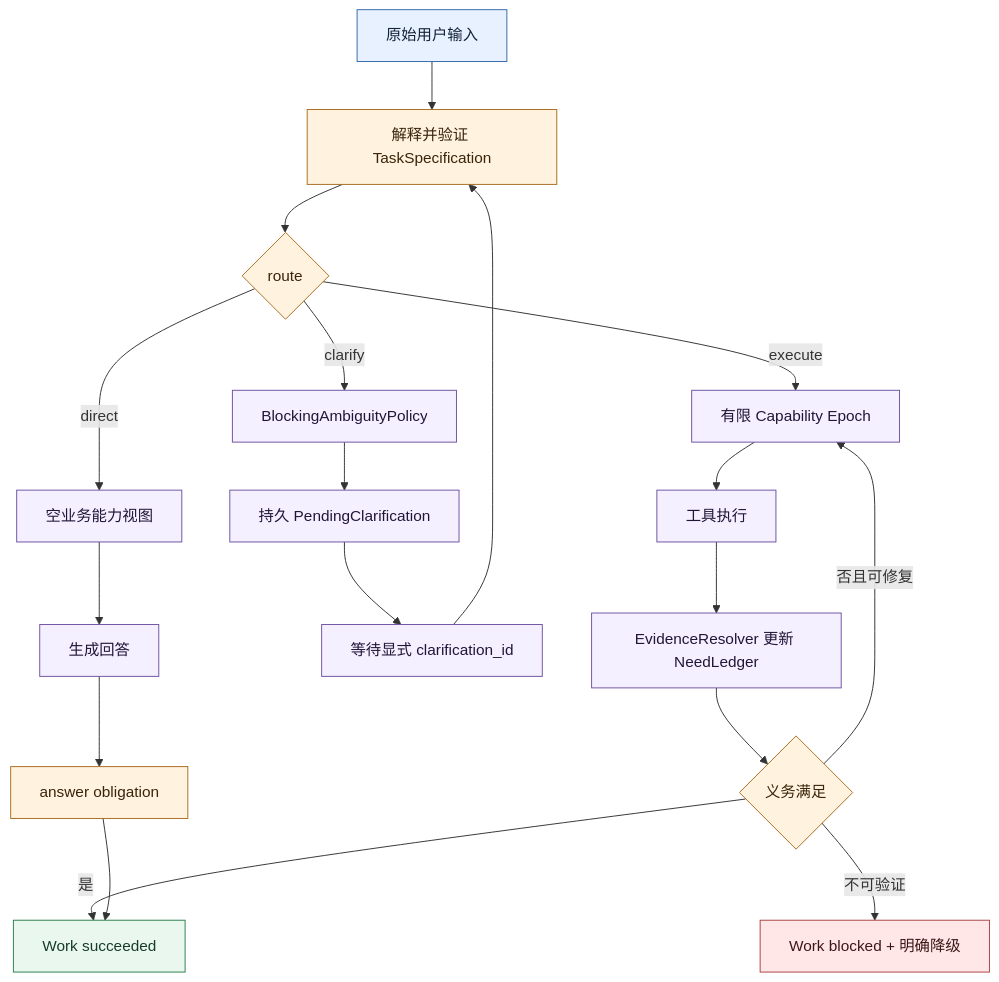
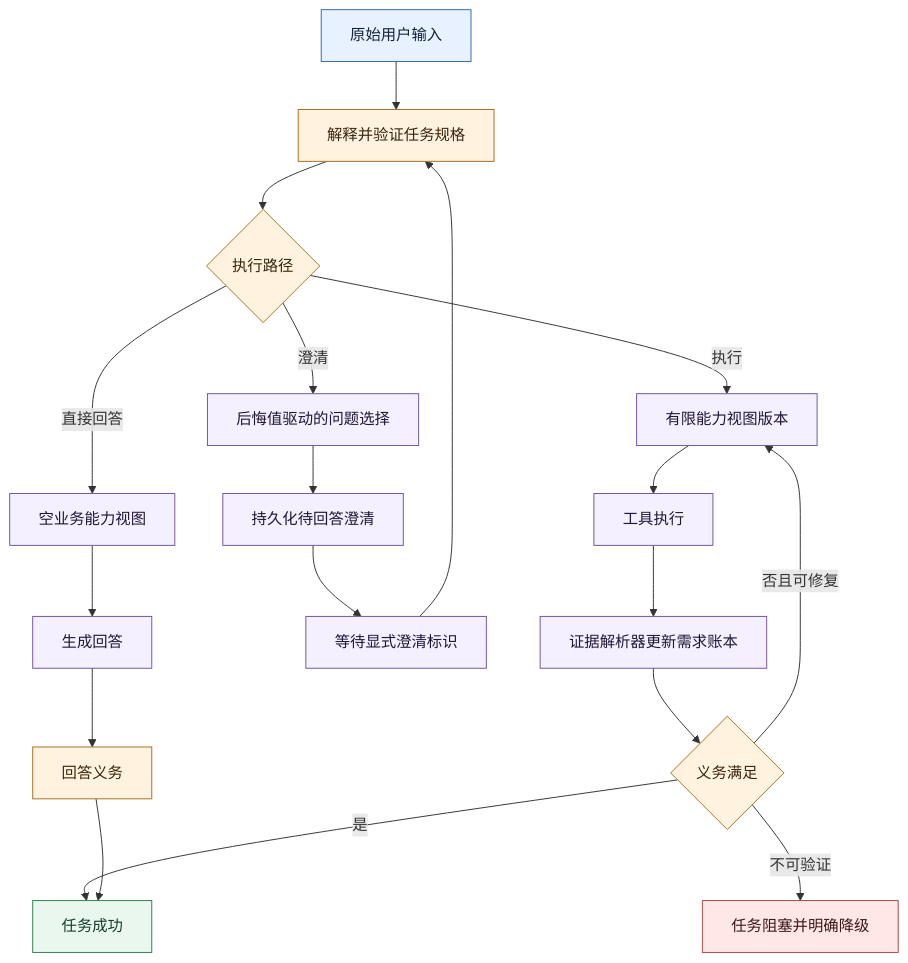
One commit to frustrated-frog/weavria changed the first of 2 diagrams in docs/intent-understanding-evolution/06-current-end-to-end-code-walkthrough.md. Above: the diagram before and after it, drawn with Mermaid. The commit also changed 30 other files, not shown here.

````diff
--- a/docs/intent-understanding-evolution/06-current-end-to-end-code-walkthrough.md
+++ b/docs/intent-understanding-evolution/06-current-end-to-end-code-walkthrough.md
@@ -102,31 +102,31 @@
 ```mermaid
 flowchart TD
-    A[原始用户输入] --> B[解释并验证 TaskSpecification]
-    B --> C{route}
-    C -->|direct| D[空业务能力视图]
+    A[原始用户输入] --> B[解释并验证任务规格]
+    B --> C{执行路径}
+    C -->|直接回答| D[空业务能力视图]
     D --> E[生成回答]
-    E --> F[answer obligation]
-    C -->|clarify| G[BlockingAmbiguityPolicy]
-    G --> H[持久 PendingClarification]
-    H --> I[等待显式 clarification_id]
+    E --> F[回答义务]
+    C -->|澄清| G[后悔值驱动的问题选择]
+    G --> H[持久化待回答澄清]
+    H --> I[等待显式澄清标识]
     I --> B
-    C -->|execute| J[有限 Capability Epoch]
+    C -->|执行| J[有限能力视图版本]
     J --> K[工具执行]
-    K --> L[EvidenceResolver 更新 NeedLedger]
+    K --> L[证据解析器更新需求账本]
     L --> M{义务满足}
     M -->|否且可修复| J
-    M -->|不可验证| N[Work blocked + 明确降级]
-    M -->|是| O[Work succeeded]
+    M -->|不可验证| N[任务阻塞并明确降级]
+    M -->|是| O[任务成功]
     F --> O
 
     classDef input fill:#e8f1ff,stroke:#3569a8,color:#132238
     classDef decision fill:#fff3df,stroke:#a86d1f,color:#3a240b
     classDef active fill:#f4f0ff,stroke:#6f52a2,color:#211638
     classDef success fill:#e9f7ef,stroke:#2e7d4f,color:#173c28
     classDef blocked fill:#ffe7e7,stroke:#a94442,color:#3d1717
     class A input
     class B,C,F,M decision
     class D,E,G,H,I,J,K,L active
     class O success
     class N blocked
 ```
````
